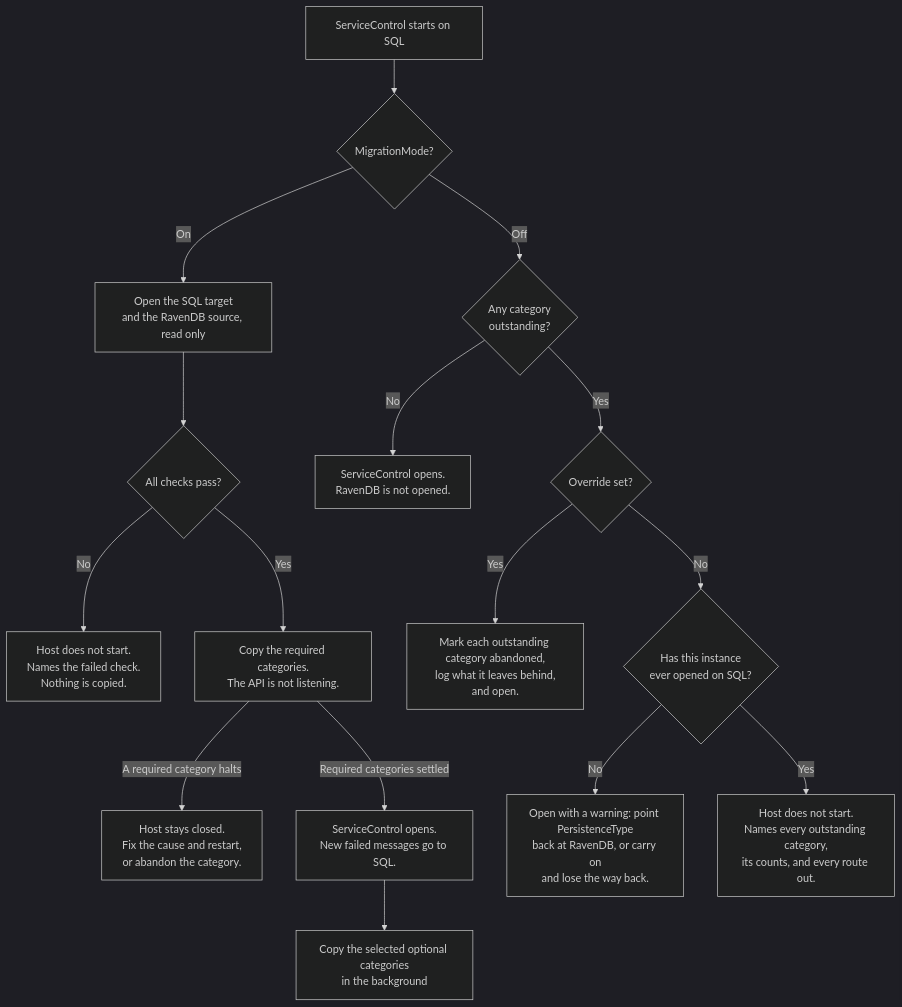
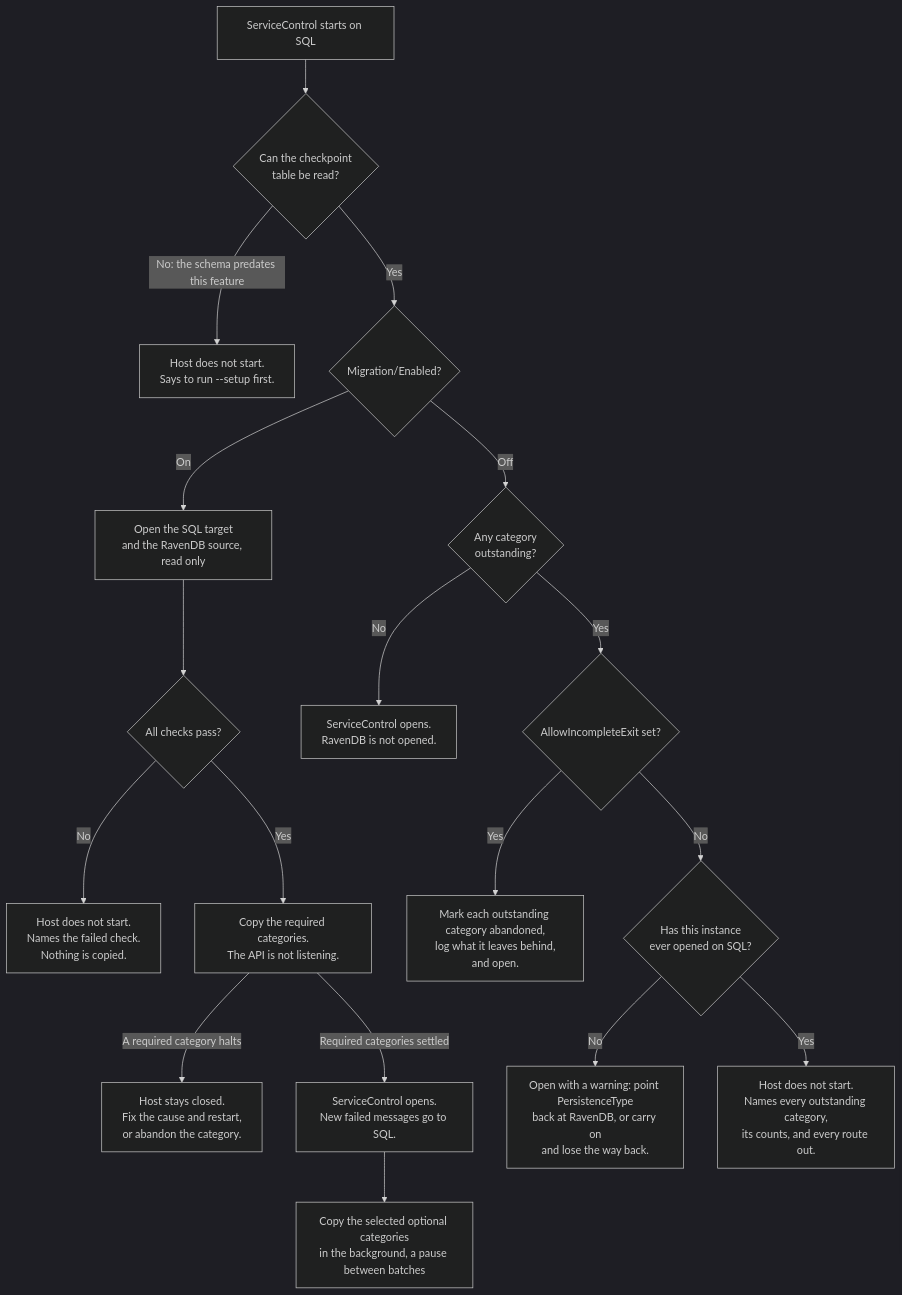
The second of 4 diagrams in docs/migration/ravendb-to-sql-migration-overview.md (Particular/ServiceControl), drawn with Mermaid (dark theme) before and after one commit. The commit also changed other lines of this file and 4 other files, not shown here.

````diff
--- a/docs/migration/ravendb-to-sql-migration-overview.md
+++ b/docs/migration/ravendb-to-sql-migration-overview.md
@@ -124,20 +133,22 @@
 ```mermaid
 flowchart TB
-    A["ServiceControl starts on SQL"] --> M{"MigrationMode?"}
+    A["ServiceControl starts on SQL"] --> T{"Can the checkpoint<br/>table be read?"}
+    T -->|"No: the schema predates this feature"| U["Host does not start.<br/>Says to run --setup first."]
+    T -->|"Yes"| M{"Migration/Enabled?"}
 
     M -->|"On"| B["Open the SQL target<br/>and the RavenDB source, read only"]
     B --> D{"All checks pass?"}
     D -->|"No"| E["Host does not start.<br/>Names the failed check.<br/>Nothing is copied."]
     D -->|"Yes"| F["Copy the required categories.<br/>The API is not listening."]
-    F -->|"A required category halts"| T["Host stays closed.<br/>Fix the cause and restart,<br/>or abandon the category."]
+    F -->|"A required category halts"| V["Host stays closed.<br/>Fix the cause and restart,<br/>or abandon the category."]
     F -->|"Required categories settled"| G["ServiceControl opens.<br/>New failed messages go to SQL."]
-    G --> H["Copy the selected optional categories<br/>in the background"]
+    G --> H["Copy the selected optional categories<br/>in the background, a pause between batches"]
 
     M -->|"Off"| N{"Any category<br/>outstanding?"}
     N -->|"No"| L["ServiceControl opens.<br/>RavenDB is not opened."]
-    N -->|"Yes"| O{"Override set?"}
+    N -->|"Yes"| O{"AllowIncompleteExit set?"}
     O -->|"Yes"| P["Mark each outstanding category abandoned,<br/>log what it leaves behind,<br/>and open."]
     O -->|"No"| Q{"Has this instance<br/>ever opened on SQL?"}
     Q -->|"No"| R["Open with a warning: point PersistenceType<br/>back at RavenDB, or carry on<br/>and lose the way back."]
     Q -->|"Yes"| S["Host does not start.<br/>Names every outstanding category,<br/>its counts, and every route out."]
 ```
````
